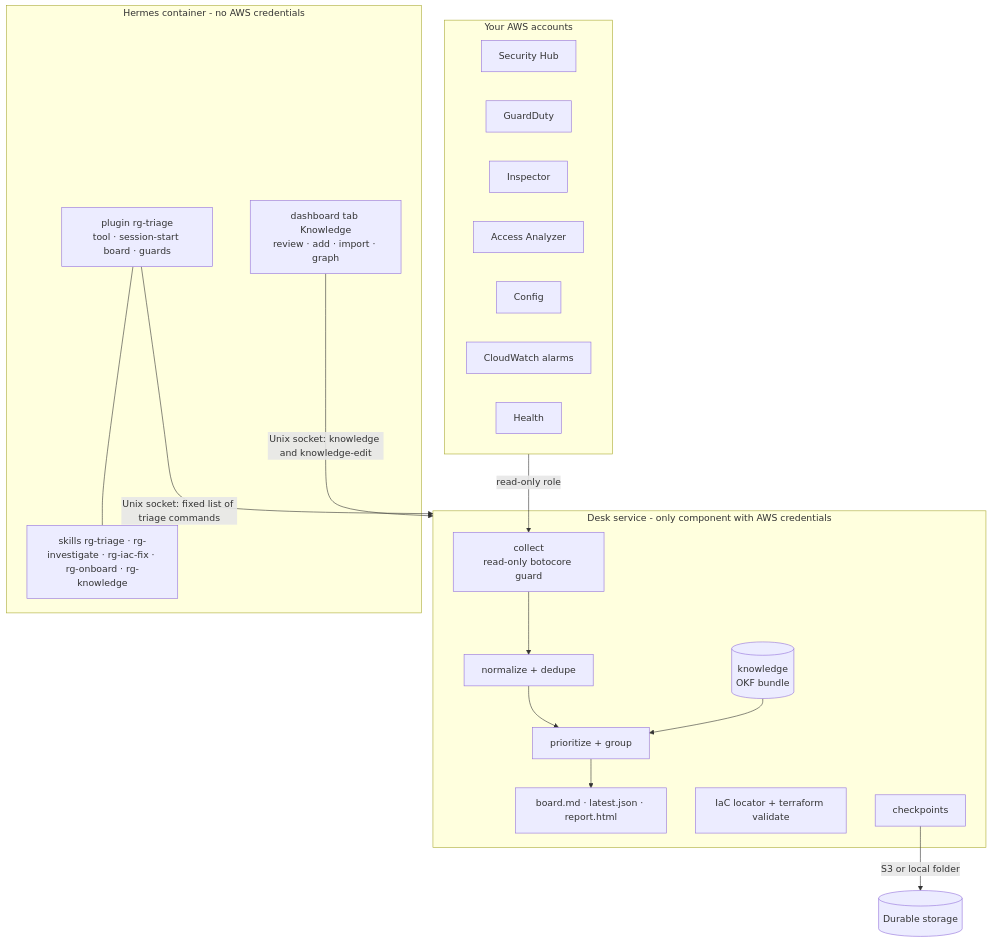
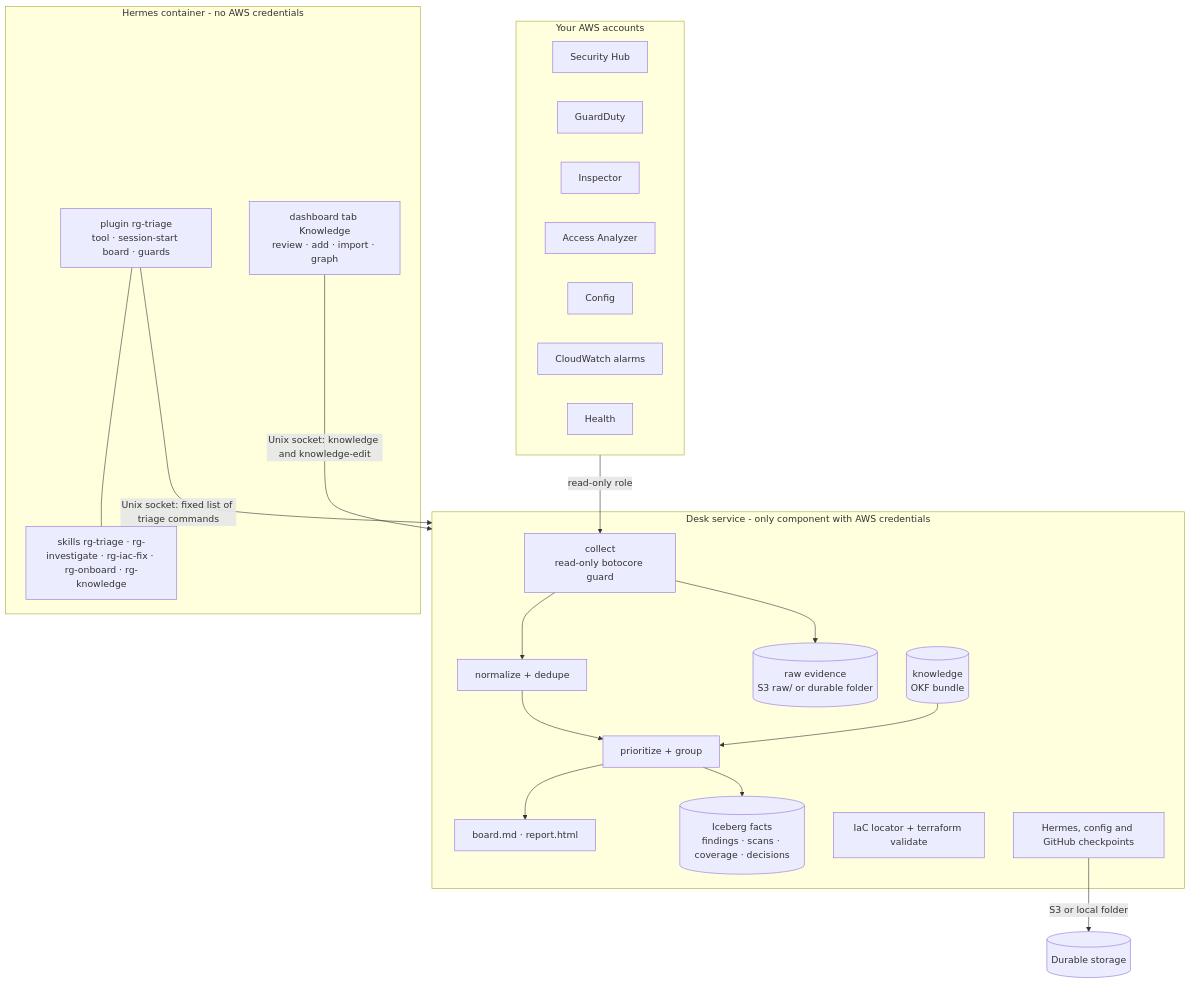
Before and after one commit to IaCGenius/RemediGenius: the diagram in docs/ARCHITECTURE.md, drawn with Mermaid. The commit also changed 16 other files, not shown here.

````diff
--- a/docs/ARCHITECTURE.md
+++ b/docs/ARCHITECTURE.md
@@ -14,20 +14,22 @@
 ```mermaid
 flowchart TB
   subgraph AWS[Your AWS accounts]
     SH[Security Hub] & GD[GuardDuty] & IN[Inspector] & AA[Access Analyzer] & CF[Config] & CW[CloudWatch alarms] & HE[Health]
   end
   subgraph Desk[Desk service - only component with AWS credentials]
-    C[collect<br/>read-only botocore guard] --> N[normalize + dedupe] --> P[prioritize + group] --> B[board.md · latest.json · report.html]
+    C[collect<br/>read-only botocore guard] --> N[normalize + dedupe] --> P[prioritize + group] --> B[board.md · report.html]
+    C --> R[(raw evidence<br/>S3 raw/ or durable folder)]
+    P --> I[(Iceberg facts<br/>findings · scans · coverage · decisions)]
     L[IaC locator + terraform validate]
     KB[(knowledge<br/>OKF bundle)] --> P
-    K[checkpoints]
+    K[Hermes, config and GitHub checkpoints]
   end
   subgraph Agent[Hermes container - no AWS credentials]
     PL[plugin rg-triage<br/>tool · session-start board · guards] --- SK[skills rg-triage · rg-investigate · rg-iac-fix · rg-onboard · rg-knowledge]
     KT[dashboard tab Knowledge<br/>review · add · import · graph]
   end
   AWS -- read-only role --> C
   PL -- Unix socket: fixed list of triage commands --> Desk
   KT -- Unix socket: knowledge and knowledge-edit --> Desk
   K -- S3 or local folder --> D[(Durable storage)]
 ```
````
